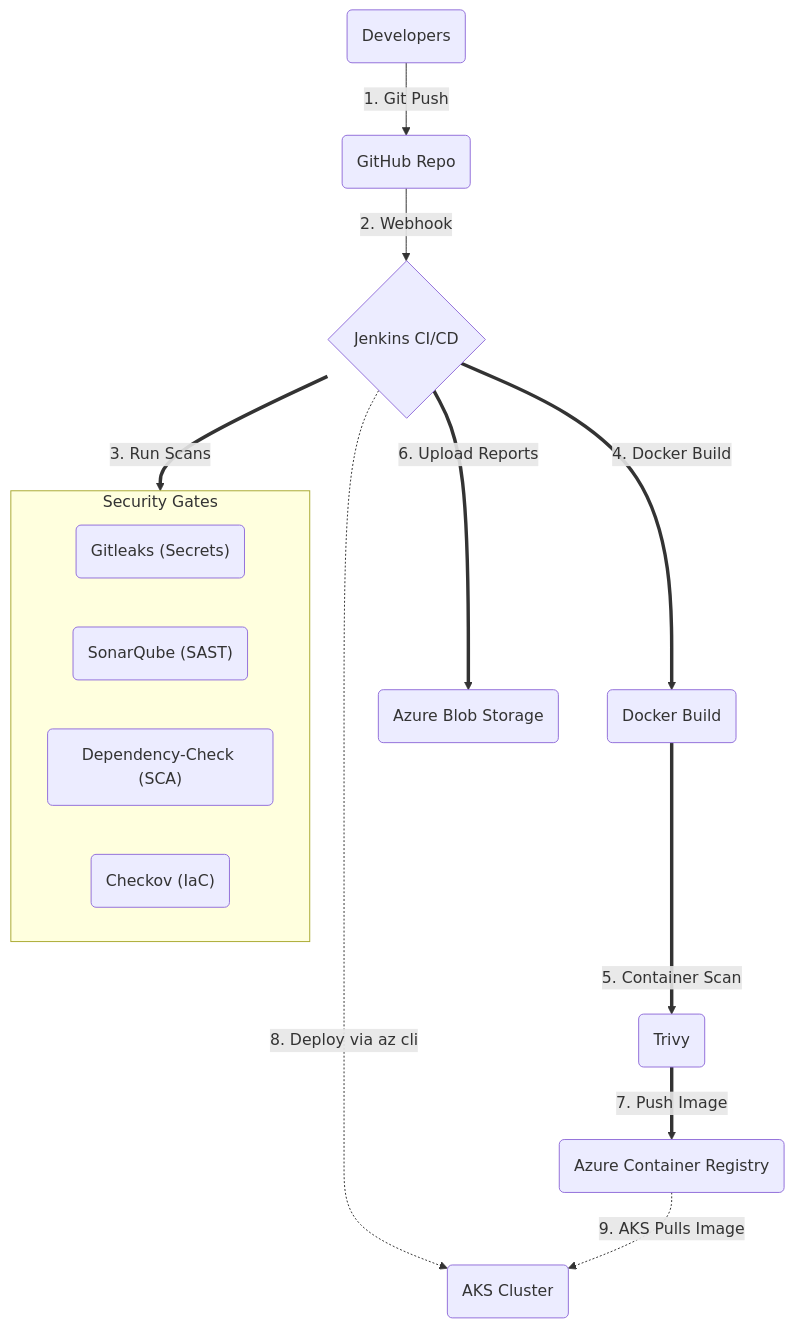
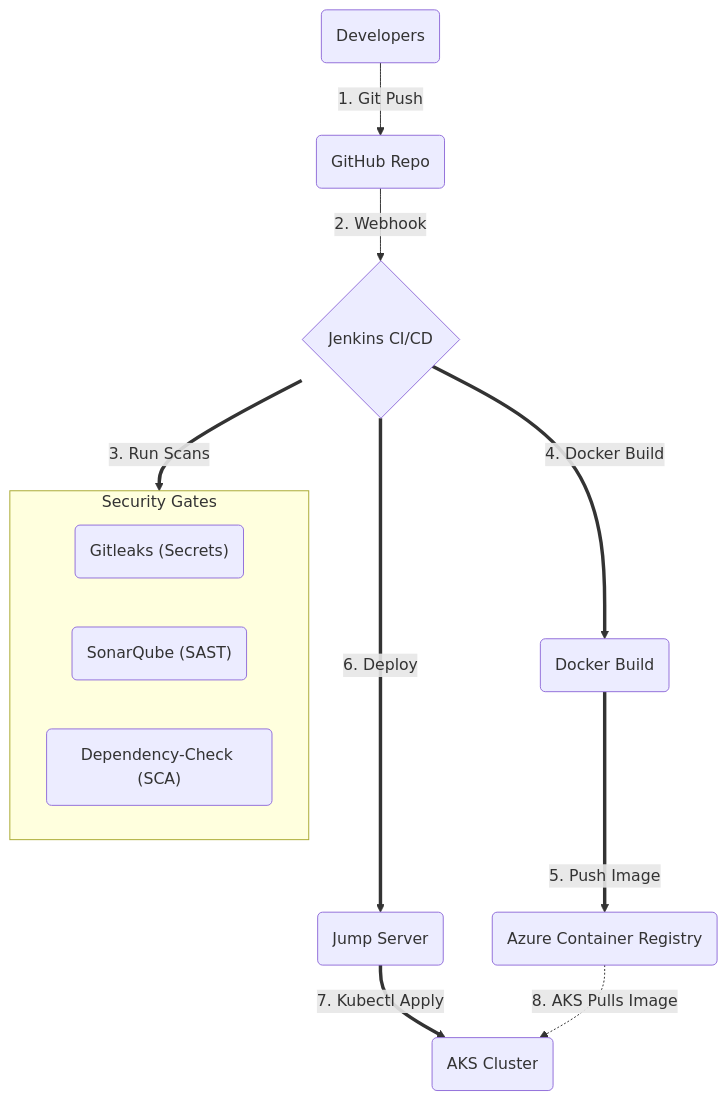
Before and after one commit to rajputganesh217/azure-aks-devsecops-platform: the first of 3 diagrams in README.md, drawn with Mermaid. The commit also changed other lines of this file, not shown here.

Commit message:
added jump server and removed avoke

````diff
--- a/README.md
+++ b/README.md
@@ -72,21 +99,19 @@
 ```mermaid
 flowchart TD
     Devs("Developers") -->|1. Git Push| GitHub("GitHub Repo")
     GitHub -->|2. Webhook| Jenkins{"Jenkins CI/CD"}
     
     subgraph Scans ["Security Gates"]
         direction LR
         Gitleaks("Gitleaks (Secrets)")
         Sonar("SonarQube (SAST)")
         DepCheck("Dependency-Check (SCA)")
-        Checkov("Checkov (IaC)")
     end
     
     Jenkins ==>|3. Run Scans| Scans
     Jenkins ==>|4. Docker Build| DockerBuild("Docker Build")
-    DockerBuild ==>|5. Container Scan| Trivy("Trivy")
-    Jenkins ==>|6. Upload Reports| Blob("Azure Blob Storage")
-    Trivy ==>|7. Push Image| ACR("Azure Container Registry")
-    Jenkins -.->|8. Deploy via az cli| AKS("AKS Cluster")
-    ACR -.->|9. AKS Pulls Image| AKS
+    DockerBuild ==>|5. Push Image| ACR("Azure Container Registry")
+    Jenkins ==>|6. Deploy| Jump("Jump Server")
+    Jump ==>|7. Kubectl Apply| AKS("AKS Cluster")
+    ACR -.->|8. AKS Pulls Image| AKS
 ```
````
